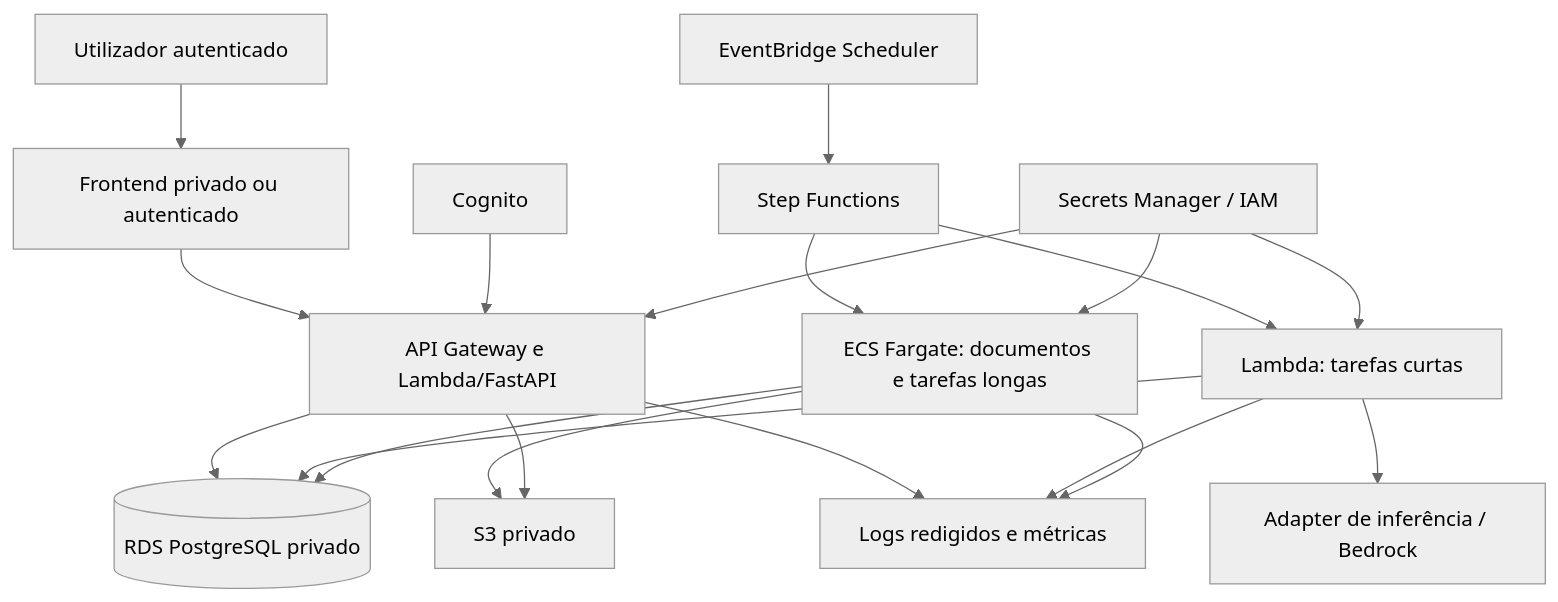
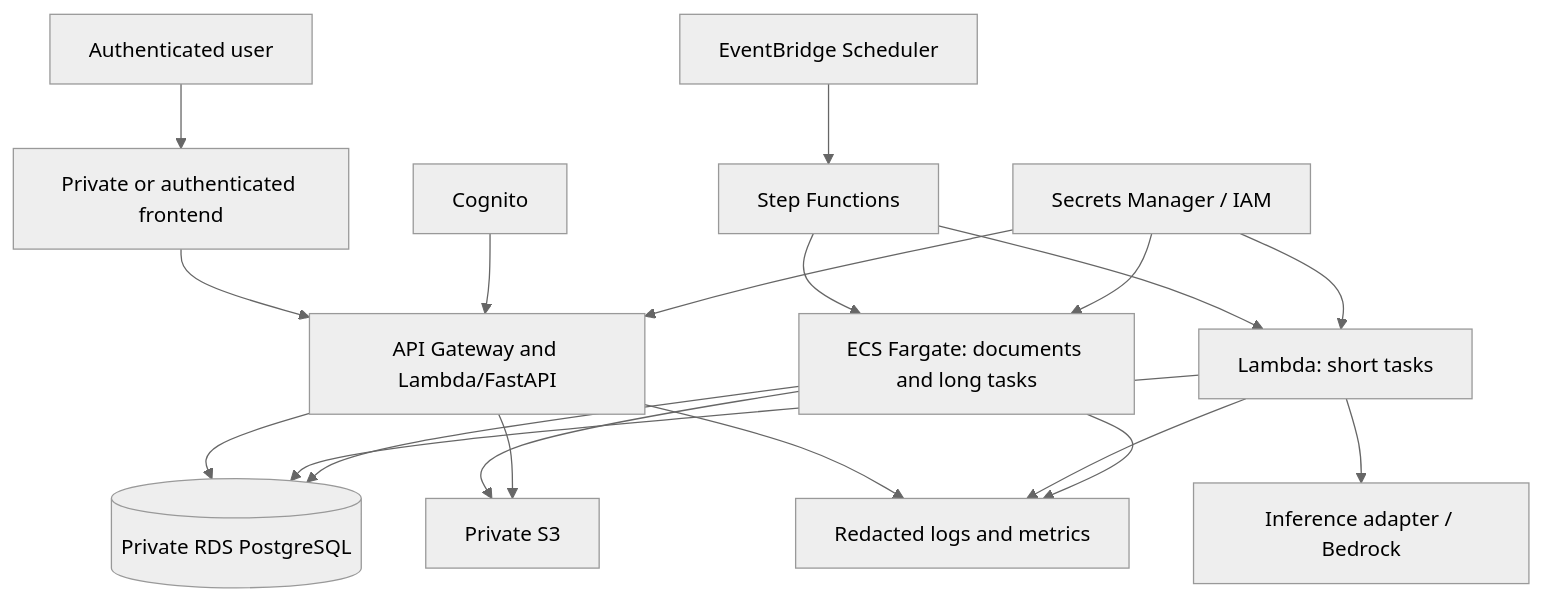
Before and after one commit to ricardoportoIE/jobhunter-ai: the second of 3 diagrams in docs/architecture/overview.md, drawn with Mermaid (neutral theme). The commit also changed other lines of this file and 38 other files, not shown here.

````diff
--- a/docs/architecture/overview.md
+++ b/docs/architecture/overview.md
@@ -28,21 +28,21 @@
 ```mermaid
 flowchart TD
-  U[Utilizador autenticado] --> UI[Frontend privado ou autenticado]
-  UI --> API[API Gateway e Lambda/FastAPI]
+  U[Authenticated user] --> UI[Private or authenticated frontend]
+  UI --> API[API Gateway and Lambda/FastAPI]
   ID[Cognito] --> API
   S[EventBridge Scheduler] --> SF[Step Functions]
-  SF --> L[Lambda: tarefas curtas]
-  SF --> F[ECS Fargate: documentos e tarefas longas]
-  API --> DB[(RDS PostgreSQL privado)]
+  SF --> L[Lambda: short tasks]
+  SF --> F[ECS Fargate: documents and long tasks]
+  API --> DB[(Private RDS PostgreSQL)]
   L --> DB
   F --> DB
-  L --> AI[Adapter de inferência / Bedrock]
-  F --> O[S3 privado]
+  L --> AI[Inference adapter / Bedrock]
+  F --> O[Private S3]
   API --> O
   SEC[Secrets Manager / IAM] --> API
   SEC --> L
   SEC --> F
-  API --> OBS[Logs redigidos e métricas]
+  API --> OBS[Redacted logs and metrics]
   L --> OBS
   F --> OBS
 ```
````
